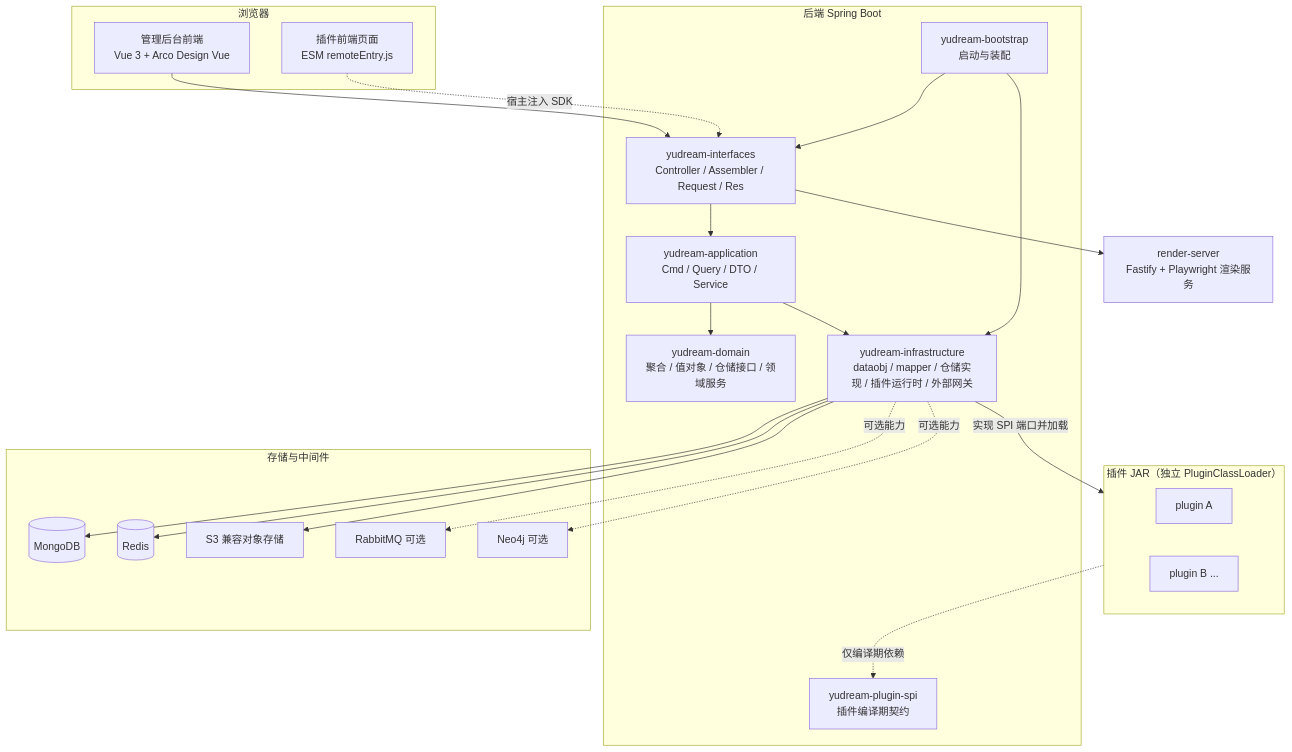
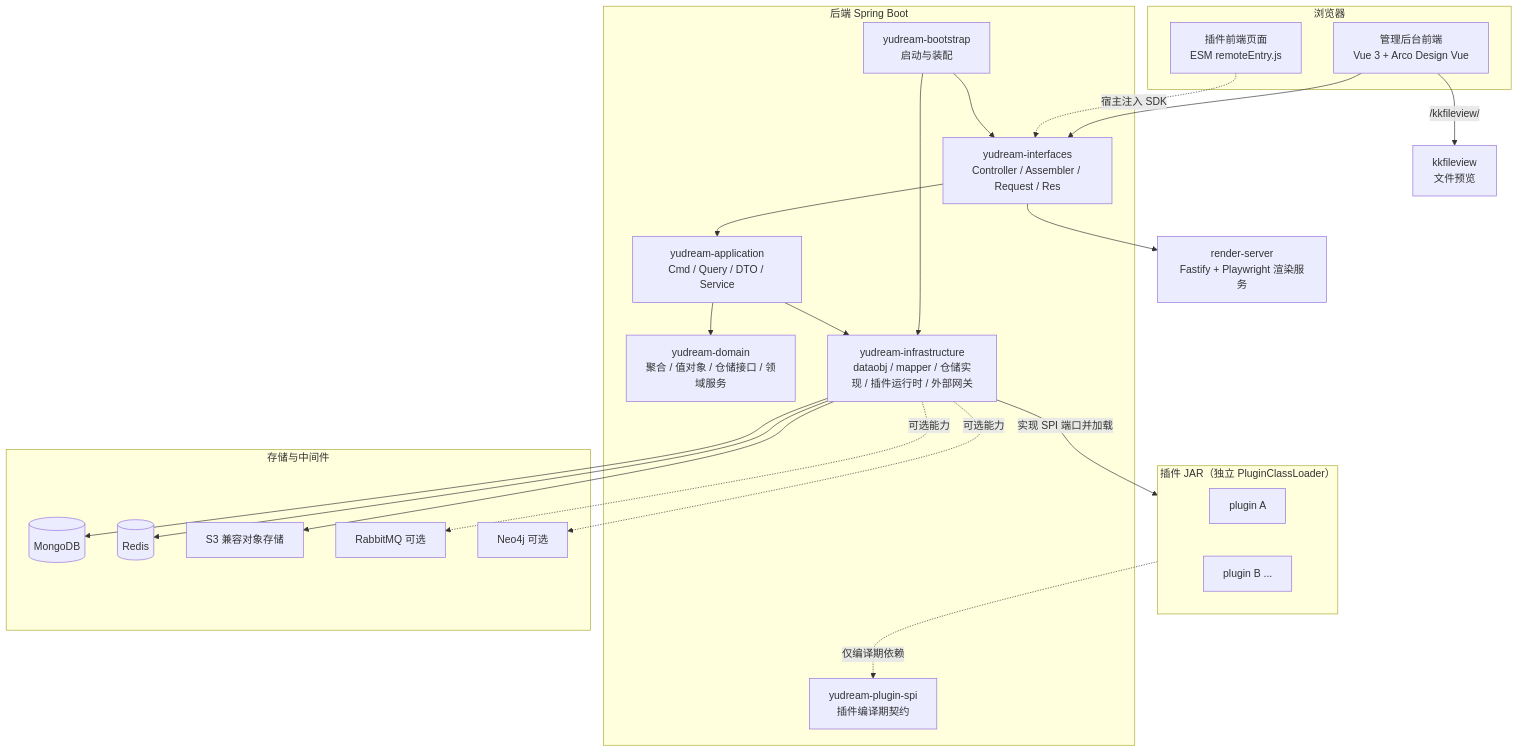
The first of 6 diagrams in yd-docs/docs/guide/architecture.md (mcyudream/YuDream-Admin), drawn with Mermaid before and after one commit. The commit also changed 65 other files, not shown here.

First line of the commit message:
feat: 发布 SDK 1.5.0 缩略图出口并完善官方 QQ 与文档站

````diff
--- a/yd-docs/docs/guide/architecture.md
+++ b/yd-docs/docs/guide/architecture.md
@@ -12,42 +12,44 @@
 ```mermaid
 flowchart TB
     subgraph Client["浏览器"]
         UI[管理后台前端<br/>Vue 3 + Arco Design Vue]
         PluginUI[插件前端页面<br/>ESM remoteEntry.js]
     end
 
     subgraph Server["后端 Spring Boot"]
         BOOT[yudream-bootstrap<br/>启动与装配]
         IF[yudream-interfaces<br/>Controller / Assembler / Request / Res]
         APP[yudream-application<br/>Cmd / Query / DTO / Service]
         DOM[yudream-domain<br/>聚合 / 值对象 / 仓储接口 / 领域服务]
         INFRA[yudream-infrastructure<br/>dataobj / mapper / 仓储实现 / 插件运行时 / 外部网关]
         SPI[yudream-plugin-spi<br/>插件编译期契约]
     end
 
     subgraph Plugins["插件 JAR（独立 PluginClassLoader）"]
         P1[plugin A]
         P2[plugin B ...]
     end
 
     subgraph Storage["存储与中间件"]
         MG[(MongoDB)]
         RD[(Redis)]
         S3[S3 兼容对象存储]
         MQ[RabbitMQ 可选]
         G[Neo4j 可选]
     end
 
     RS[render-server<br/>Fastify + Playwright 渲染服务]
+    KV[kkfileview<br/>文件预览]
 
     UI --> IF
     PluginUI -.->|宿主注入 SDK| IF
     BOOT --> IF & INFRA
     IF --> APP --> DOM
     APP --> INFRA
     INFRA --> MG & RD & S3
     INFRA -.->|可选能力| MQ & G
     INFRA -->|实现 SPI 端口并加载| Plugins
     Plugins -.->|仅编译期依赖| SPI
     IF --> RS
+    UI -->|/kkfileview/| KV
 ```
````
